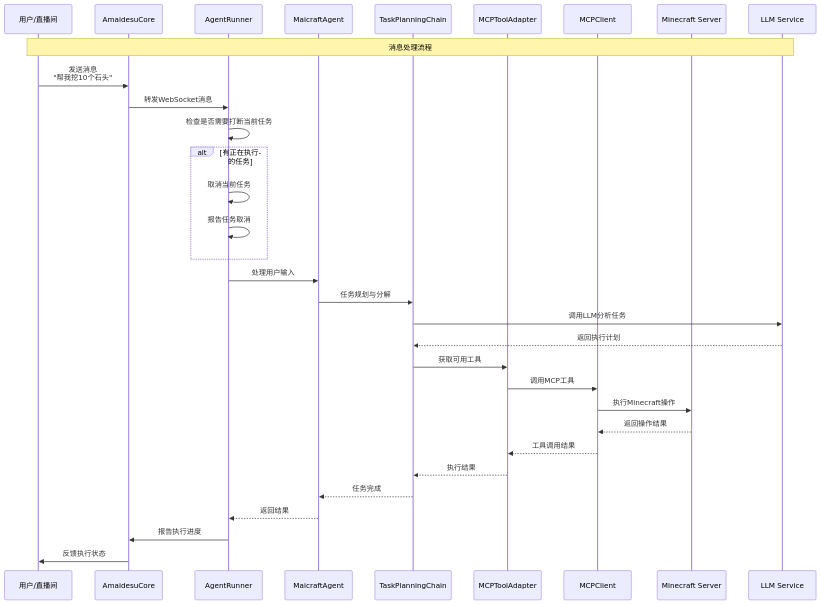
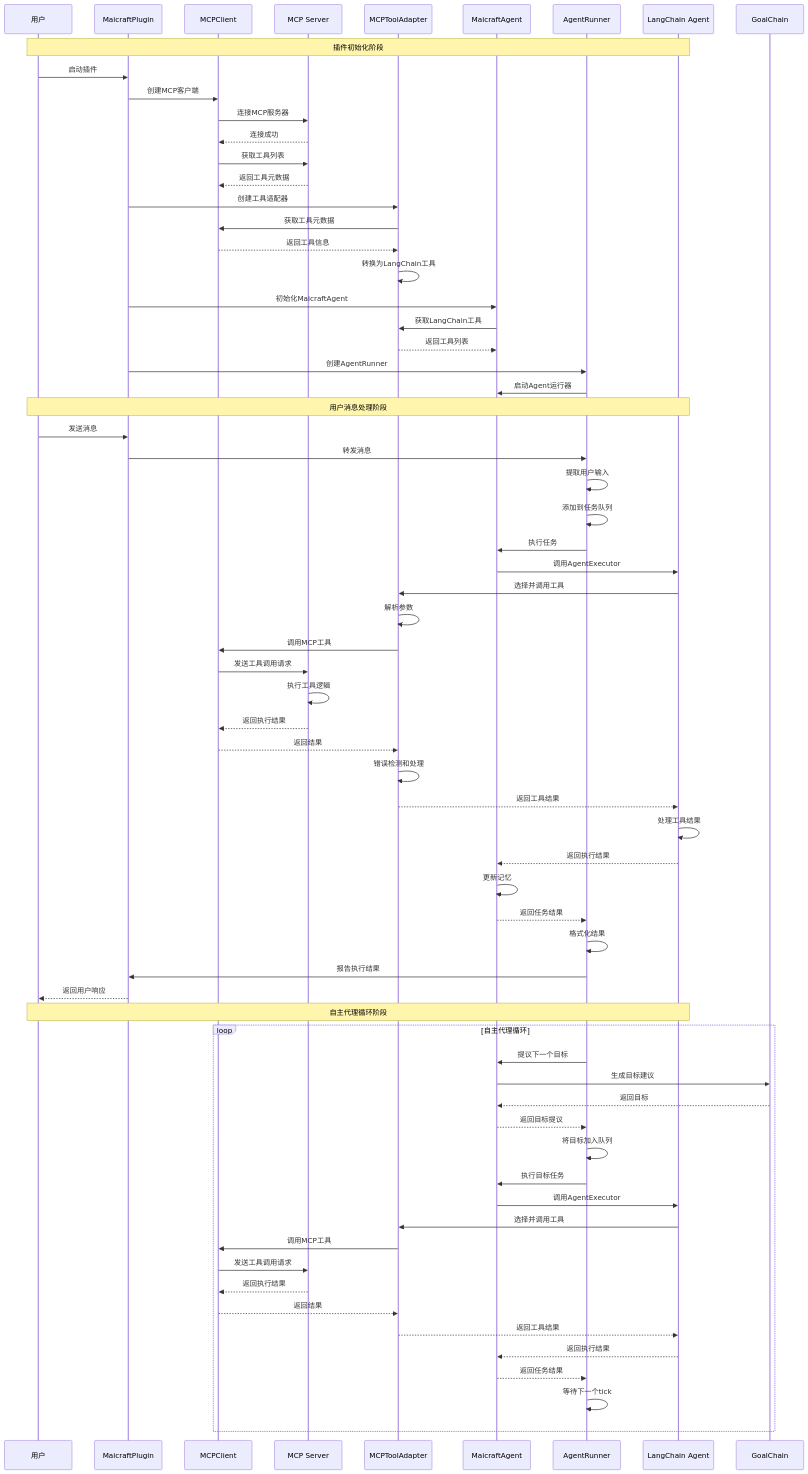
The second of 5 diagrams in src/plugins/maicraft/README.md (ChangingSelf/MaiBot-Vtuber), drawn with Mermaid before and after one commit. The commit also changed other lines of this file and 5 other files, not shown here.

````diff
--- a/src/plugins/maicraft/README.md
+++ b/src/plugins/maicraft/README.md
@@ -113,36 +115,72 @@
 ```mermaid
 sequenceDiagram
-    participant User as 用户/直播间
-    participant Core as AmaidesuCore
-    participant Runner as AgentRunner
+    participant User as 用户
+    participant Plugin as MaicraftPlugin
+    participant MCPClient as MCPClient
+    participant MCPServer as MCP Server
+    participant ToolAdapter as MCPToolAdapter
     participant Agent as MaicraftAgent
-    participant TaskChain as TaskPlanningChain
-    participant ToolAdapter as MCPToolAdapter
-    participant MCP as MCPClient
-    participant MC as Minecraft Server
-    participant LLM as LLM Service
-    
-    Note over User,LLM: 消息处理流程
-    
-    User->>Core: 发送消息<br/>"帮我挖10个石头"
-    Core->>Runner: 转发WebSocket消息
-    Runner->>Runner: 检查是否需要打断当前任务
-    alt 有正在执行的任务
-        Runner->>Runner: 取消当前任务
-        Runner->>Runner: 报告任务取消
+    participant AgentRunner as AgentRunner
+    participant LangChain as LangChain Agent
+
+    Note over User, LangChain: 插件初始化阶段
+    User->>Plugin: 启动插件
+    Plugin->>MCPClient: 创建MCP客户端
+    MCPClient->>MCPServer: 连接MCP服务器
+    MCPServer-->>MCPClient: 连接成功
+    MCPClient->>MCPServer: 获取工具列表
+    MCPServer-->>MCPClient: 返回工具元数据
+    Plugin->>ToolAdapter: 创建工具适配器
+    ToolAdapter->>MCPClient: 获取工具元数据
+    MCPClient-->>ToolAdapter: 返回工具信息
+    ToolAdapter->>ToolAdapter: 转换为LangChain工具
+    Plugin->>Agent: 初始化MaicraftAgent
+    Agent->>ToolAdapter: 获取LangChain工具
+    ToolAdapter-->>Agent: 返回工具列表
+    Plugin->>AgentRunner: 创建AgentRunner
+    AgentRunner->>Agent: 启动Agent运行器
+
+    Note over User, LangChain: 用户消息处理阶段
+    User->>Plugin: 发送消息
+    Plugin->>AgentRunner: 转发消息
+    AgentRunner->>AgentRunner: 提取用户输入
+    AgentRunner->>AgentRunner: 添加到任务队列
+    AgentRunner->>Agent: 执行任务
+    Agent->>LangChain: 调用AgentExecutor
+    LangChain->>ToolAdapter: 选择并调用工具
+    ToolAdapter->>ToolAdapter: 解析参数
+    ToolAdapter->>MCPClient: 调用MCP工具
+    MCPClient->>MCPServer: 发送工具调用请求
+    MCPServer->>MCPServer: 执行工具逻辑
+    MCPServer-->>MCPClient: 返回执行结果
+    MCPClient-->>ToolAdapter: 返回结果
+    ToolAdapter->>ToolAdapter: 错误检测和处理
+    ToolAdapter-->>LangChain: 返回工具结果
+    LangChain->>LangChain: 处理工具结果
+    LangChain-->>Agent: 返回执行结果
+    Agent->>Agent: 更新记忆
+    Agent-->>AgentRunner: 返回任务结果
+    AgentRunner->>AgentRunner: 格式化结果
+    AgentRunner->>Plugin: 报告执行结果
+    Plugin-->>User: 返回用户响应
+
+    Note over User, LangChain: 自主代理循环阶段
+    loop 自主代理循环
+        AgentRunner->>Agent: 提议下一个目标
+        Agent->>GoalChain: 生成目标建议
+        GoalChain-->>Agent: 返回目标
+        Agent-->>AgentRunner: 返回目标提议
+        AgentRunner->>AgentRunner: 将目标加入队列
+        AgentRunner->>Agent: 执行目标任务
+        Agent->>LangChain: 调用AgentExecutor
+        LangChain->>ToolAdapter: 选择并调用工具
+        ToolAdapter->>MCPClient: 调用MCP工具
+        MCPClient->>MCPServer: 发送工具调用请求
+        MCPServer-->>MCPClient: 返回执行结果
+        MCPClient-->>ToolAdapter: 返回结果
+        ToolAdapter-->>LangChain: 返回工具结果
+        LangChain-->>Agent: 返回执行结果
+        Agent-->>AgentRunner: 返回任务结果
+        AgentRunner->>AgentRunner: 等待下一个tick
     end
-    Runner->>Agent: 处理用户输入
-    Agent->>TaskChain: 任务规划与分解
-    TaskChain->>LLM: 调用LLM分析任务
-    LLM-->>TaskChain: 返回执行计划
-    TaskChain->>ToolAdapter: 获取可用工具
-    ToolAdapter->>MCP: 调用MCP工具
-    MCP->>MC: 执行Minecraft操作
-    MC-->>MCP: 返回操作结果
-    MCP-->>ToolAdapter: 工具调用结果
-    ToolAdapter-->>TaskChain: 执行结果
-    TaskChain-->>Agent: 任务完成
-    Agent-->>Runner: 返回结果
-    Runner->>Core: 报告执行进度
-    Core->>User: 反馈执行状态
 ```
````
